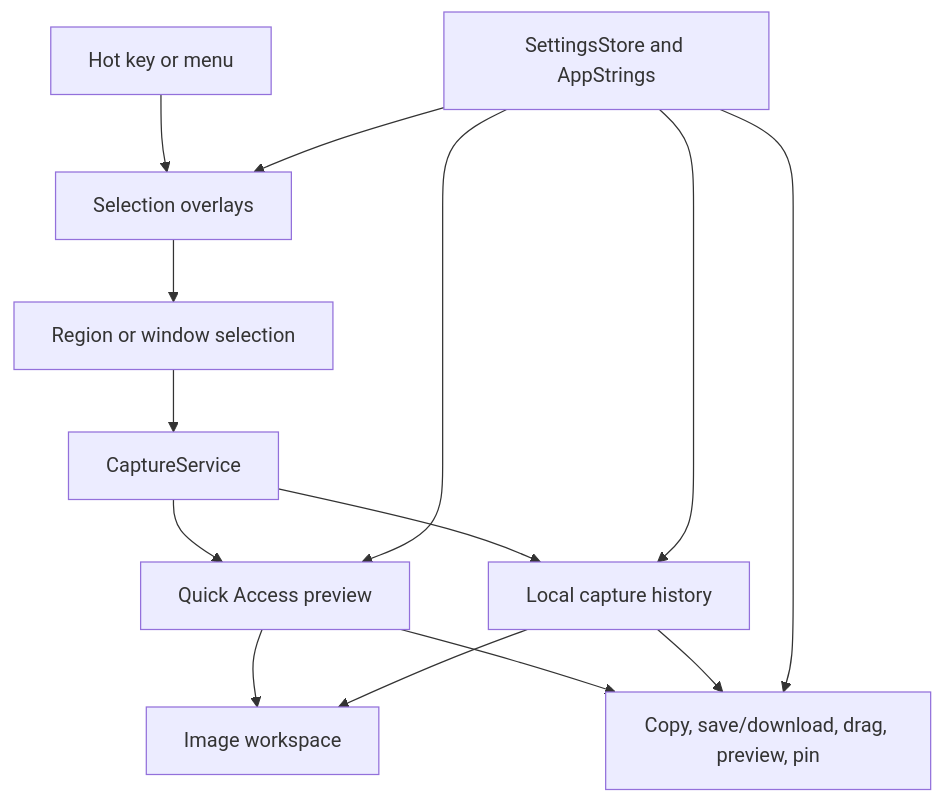
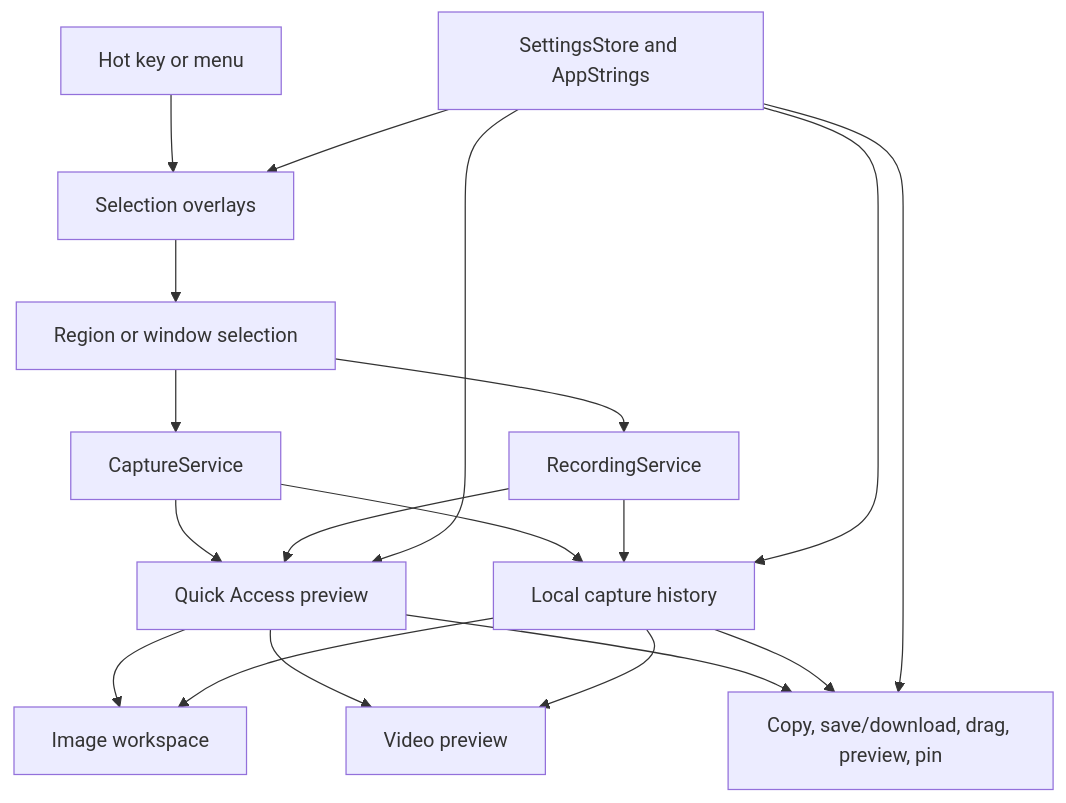
The diagram in docs/architecture.md (deweyou/frame), drawn with Mermaid before and after one commit. The commit also changed other lines of this file and 40 other files, not shown here.

First line of the commit message:
Add selection recording workflow (#17)

````diff
--- a/docs/architecture.md
+++ b/docs/architecture.md
@@ -3,16 +3,21 @@
 ```mermaid
 flowchart TD
     HotKey[Hot key or menu] --> Overlay[Selection overlays]
     Overlay --> Selection[Region or window selection]
     Selection --> Capture[CaptureService]
+    Selection --> Recording[RecordingService]
     Capture --> History[Local capture history]
     Capture --> QuickAccess[Quick Access preview]
+    Recording --> History
+    Recording --> QuickAccess
+    QuickAccess --> VideoPreview[Video preview]
     QuickAccess --> Output[Copy, save/download, drag, preview, pin]
     QuickAccess --> Workspace[Image workspace]
     History --> Workspace
+    History --> VideoPreview
     History --> Output
     Settings[SettingsStore and AppStrings] --> Overlay
     Settings --> QuickAccess
     Settings --> Output
     Settings --> History
 ```
````
